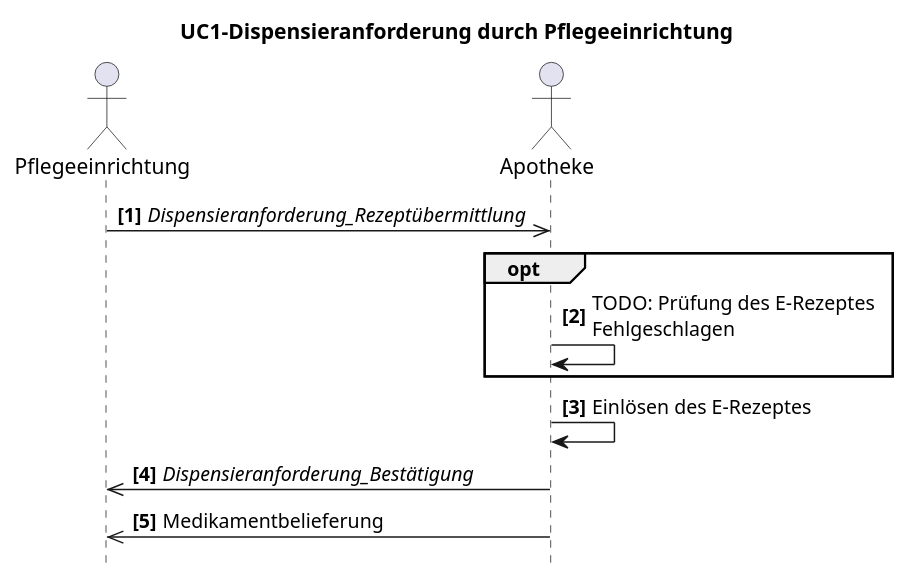
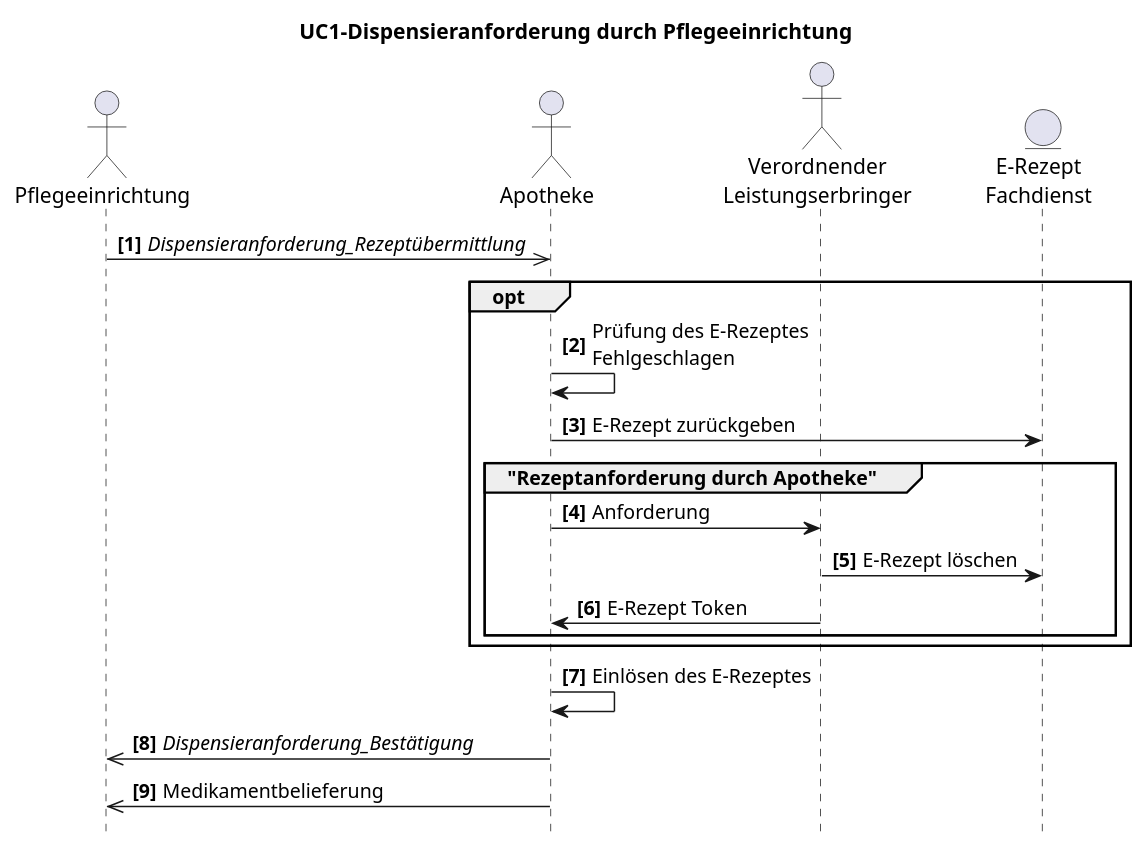
The diagram in Resources/puml/gemF_eRp_KIM/UC1.2-dispensieranforderung-pflege.puml (gematik/spec-E-Rezept-ServiceRequest), drawn with PlantUML before and after one commit.

Commit message:
Adapt Usecase 1.2

```diff
--- a/Resources/puml/gemF_eRp_KIM/UC1.2-dispensieranforderung-pflege.puml
+++ b/Resources/puml/gemF_eRp_KIM/UC1.2-dispensieranforderung-pflege.puml
@@ -1,24 +1,31 @@
 @startuml name = "UC1-Rezeptanforderung-Pflege"
-
 
 skinparam maxMessageSize 200
 
 actor "Pflegeeinrichtung" as Pflegeeinrichtung
 actor Apotheke
+actor "Verordnender\nLeistungserbringer" as Arzt
+entity "E-Rezept\nFachdienst" as FD
 
 title UC1-Dispensieranforderung durch Pflegeeinrichtung
 hide footbox
 autonumber "<b>[0]"
 
 Pflegeeinrichtung ->> Apotheke: //Dispensieranforderung_Rezeptübermittlung//
 
 opt
- Apotheke -> Apotheke: TODO: Prüfung des E-Rezeptes Fehlgeschlagen
+ Apotheke -> Apotheke: Prüfung des E-Rezeptes Fehlgeschlagen
+ Apotheke -> FD: E-Rezept zurückgeben
+ group "Rezeptanforderung durch Apotheke"
+  Apotheke -> Arzt: Anforderung
+  Arzt -> FD: E-Rezept löschen
+  Arzt -> Apotheke: E-Rezept Token
+ end
 end
 
 Apotheke -> Apotheke: Einlösen des E-Rezeptes
 
 Apotheke ->> Pflegeeinrichtung: //Dispensieranforderung_Bestätigung//
 Apotheke ->> Pflegeeinrichtung: Medikamentbelieferung
 
 @enduml
```
